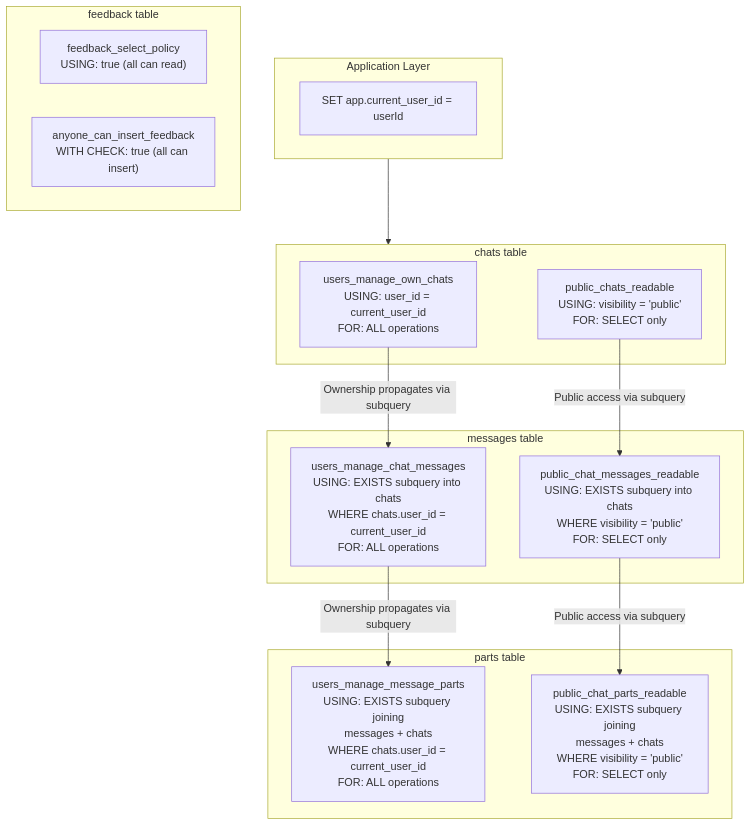
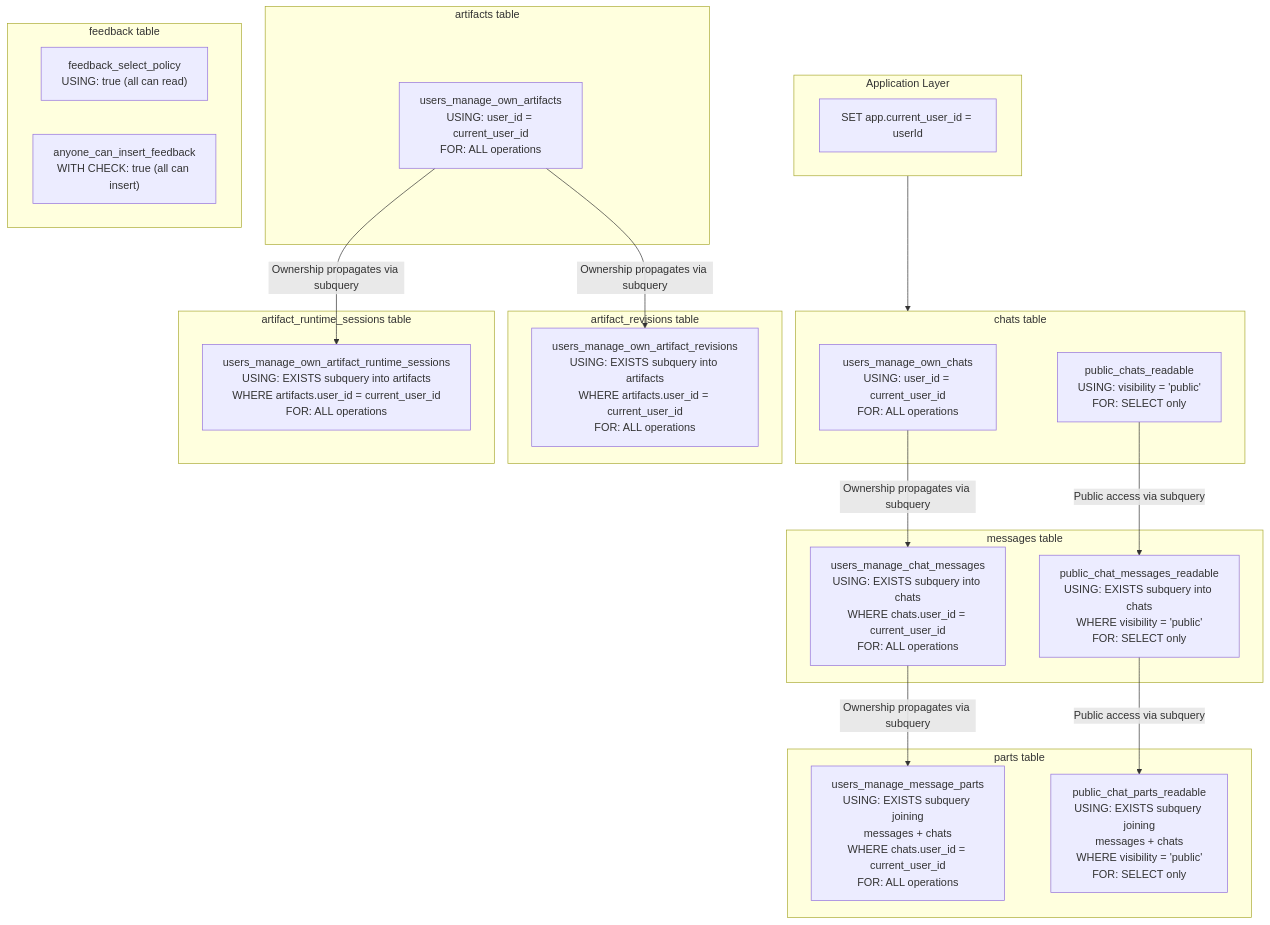
The tenth of 10 diagrams in docs/architecture/OVERVIEW.md (NickB03/polymorph), drawn with Mermaid before and after one commit. The commit also changed other lines of this file and 29 other files, not shown here.

````diff
--- a/docs/architecture/OVERVIEW.md
+++ b/docs/architecture/OVERVIEW.md
@@ -651,32 +689,46 @@
 ```mermaid
 graph TD
     subgraph AppLayer["Application Layer"]
         SetUser["SET app.current_user_id = userId"]
     end
 
     subgraph ChatsRLS["chats table"]
         OwnChats["users_manage_own_chats<br/>USING: user_id = current_user_id<br/>FOR: ALL operations"]
         PublicChats["public_chats_readable<br/>USING: visibility = 'public'<br/>FOR: SELECT only"]
     end
 
     subgraph MessagesRLS["messages table"]
         OwnMessages["users_manage_chat_messages<br/>USING: EXISTS subquery into chats<br/>WHERE chats.user_id = current_user_id<br/>FOR: ALL operations"]
         PublicMessages["public_chat_messages_readable<br/>USING: EXISTS subquery into chats<br/>WHERE visibility = 'public'<br/>FOR: SELECT only"]
     end
 
     subgraph PartsRLS["parts table"]
         OwnParts["users_manage_message_parts<br/>USING: EXISTS subquery joining<br/>messages + chats<br/>WHERE chats.user_id = current_user_id<br/>FOR: ALL operations"]
         PublicParts["public_chat_parts_readable<br/>USING: EXISTS subquery joining<br/>messages + chats<br/>WHERE visibility = 'public'<br/>FOR: SELECT only"]
     end
 
+    subgraph ArtifactsRLS["artifacts table"]
+        OwnArtifacts["users_manage_own_artifacts<br/>USING: user_id = current_user_id<br/>FOR: ALL operations"]
+    end
+
+    subgraph ArtifactRevisionsRLS["artifact_revisions table"]
+        OwnRevisions["users_manage_own_artifact_revisions<br/>USING: EXISTS subquery into artifacts<br/>WHERE artifacts.user_id = current_user_id<br/>FOR: ALL operations"]
+    end
+
+    subgraph ArtifactSessionsRLS["artifact_runtime_sessions table"]
+        OwnSessions["users_manage_own_artifact_runtime_sessions<br/>USING: EXISTS subquery into artifacts<br/>WHERE artifacts.user_id = current_user_id<br/>FOR: ALL operations"]
+    end
+
     subgraph FeedbackRLS["feedback table"]
         FeedbackSelect["feedback_select_policy<br/>USING: true (all can read)"]
         FeedbackInsert["anyone_can_insert_feedback<br/>WITH CHECK: true (all can insert)"]
     end
 
     AppLayer --> ChatsRLS
     OwnChats -->|"Ownership propagates via subquery"| OwnMessages
     OwnMessages -->|"Ownership propagates via subquery"| OwnParts
+    OwnArtifacts -->|"Ownership propagates via subquery"| OwnRevisions
+    OwnArtifacts -->|"Ownership propagates via subquery"| OwnSessions
     PublicChats -->|"Public access via subquery"| PublicMessages
     PublicMessages -->|"Public access via subquery"| PublicParts
 ```
````
